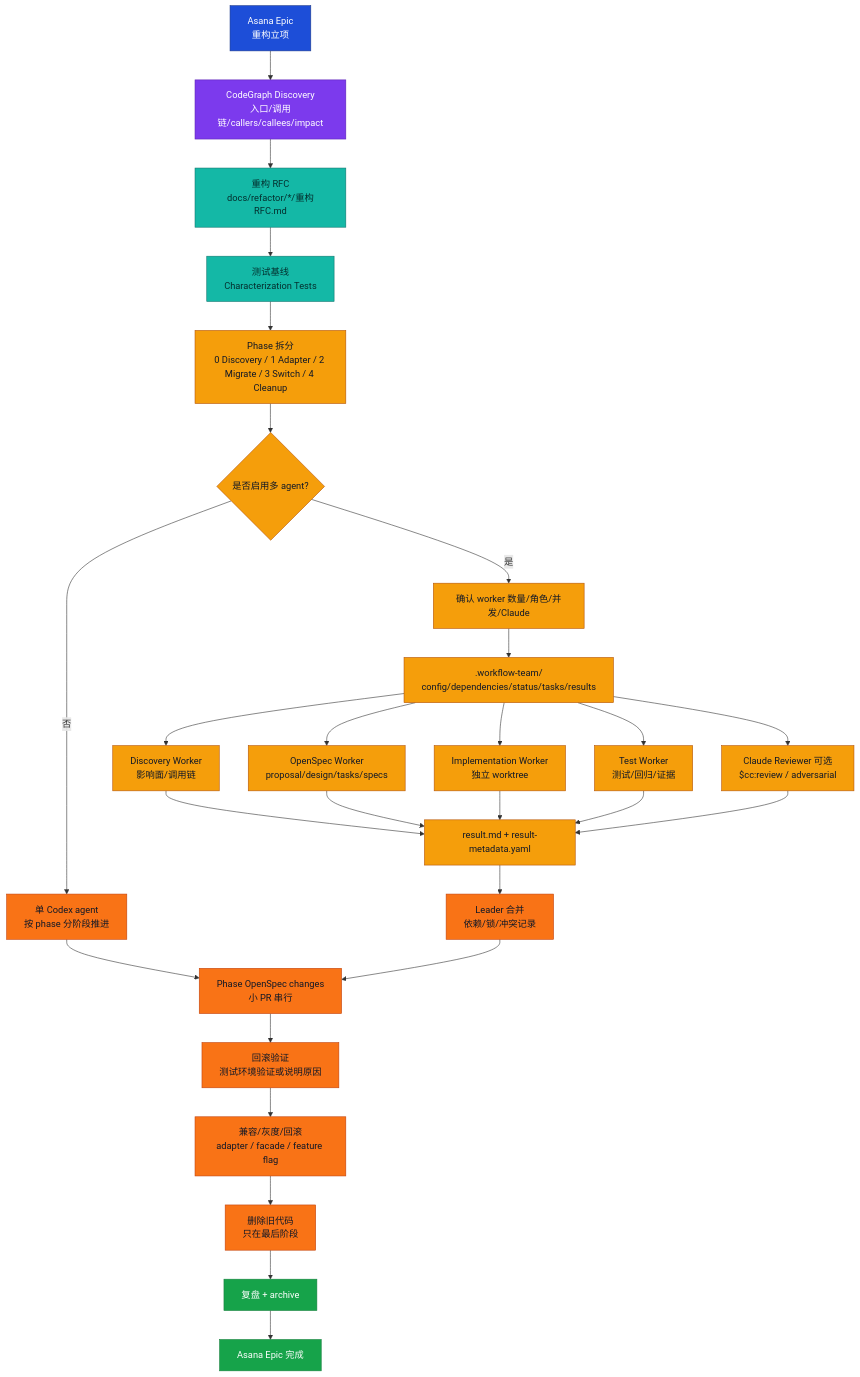
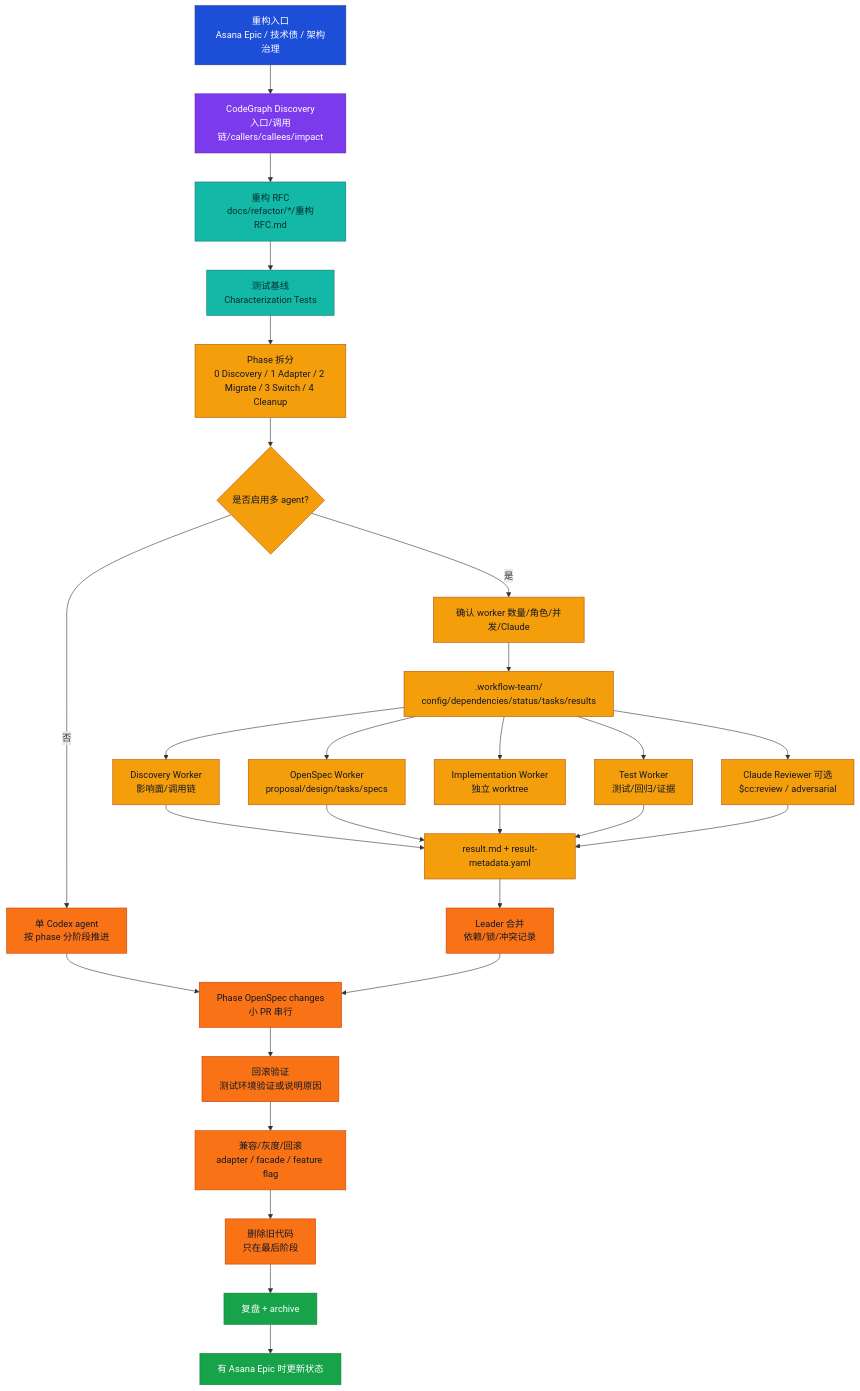
Before and after one commit to guobang1998/asana-openspec-java-workflow: the third of 4 diagrams in 流程图.md, drawn with Mermaid. The commit also changed other lines of this file and 14 other files, not shown here.

````diff
--- a/流程图.md
+++ b/流程图.md
@@ -86,46 +99,46 @@
 ```mermaid
 flowchart TB
-  A["Asana Epic<br/>重构立项"] --> B["CodeGraph Discovery<br/>入口/调用链/callers/callees/impact"]
+  A["重构入口<br/>Asana Epic / 技术债 / 架构治理"] --> B["CodeGraph Discovery<br/>入口/调用链/callers/callees/impact"]
   B --> C["重构 RFC<br/>docs/refactor/*/重构RFC.md"]
   C --> D["测试基线<br/>Characterization Tests"]
   D --> E["Phase 拆分<br/>0 Discovery / 1 Adapter / 2 Migrate / 3 Switch / 4 Cleanup"]
   E --> E1{"是否启用多 agent?"}
   E1 -- "否" --> S["单 Codex agent<br/>按 phase 分阶段推进"]
   E1 -- "是" --> E2["确认 worker 数量/角色/并发/Claude"]
   E2 --> T[".workflow-team/<change-id><br/>config/dependencies/status/tasks/results"]
 
   T --> W1["Discovery Worker<br/>影响面/调用链"]
   T --> W2["OpenSpec Worker<br/>proposal/design/tasks/specs"]
   T --> W3["Implementation Worker<br/>独立 worktree"]
   T --> W4["Test Worker<br/>测试/回归/证据"]
   T --> W5["Claude Reviewer 可选<br/>$cc:review / adversarial"]
 
   W1 --> J["result.md + result-metadata.yaml"]
   W2 --> J
   W3 --> J
   W4 --> J
   W5 --> J
 
   S --> P1["Phase OpenSpec changes<br/>小 PR 串行"]
   J --> K["Leader 合并<br/>依赖/锁/冲突记录"]
   K --> P1
   P1 --> K1["回滚验证<br/>测试环境验证或说明原因"]
   K1 --> L["兼容/灰度/回滚<br/>adapter / facade / feature flag"]
   L --> M["删除旧代码<br/>只在最后阶段"]
   M --> N["复盘 + archive"]
-  N --> O["Asana Epic 完成"]
+  N --> O["有 Asana Epic 时更新状态"]
 
   classDef epic fill:#1d4ed8,color:#fff,stroke:#1e3a8a;
   classDef discover fill:#7c3aed,color:#fff,stroke:#5b21b6;
   classDef rfc fill:#14b8a6,color:#042f2e,stroke:#0f766e;
   classDef phase fill:#f59e0b,color:#111827,stroke:#b45309;
   classDef pr fill:#f97316,color:#111827,stroke:#c2410c;
   classDef done fill:#16a34a,color:#fff,stroke:#15803d;
 
   class A epic;
   class B discover;
   class C,D rfc;
   class E,E1,E2,T,W1,W2,W3,W4,W5,J phase;
   class S,P1,K,K1,L,M pr;
   class N,O done;
 ```
````
